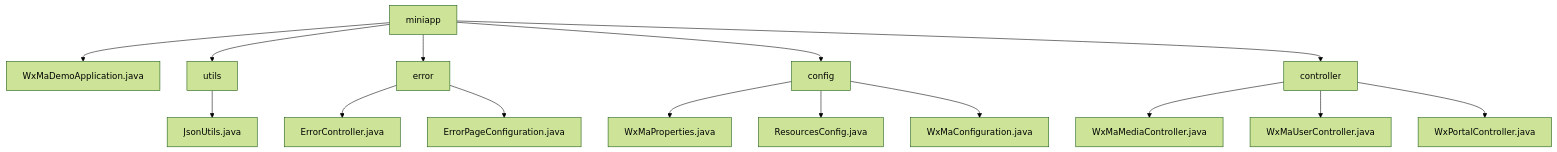
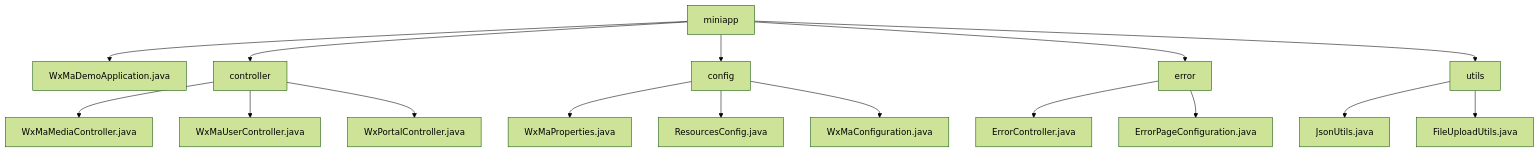
The diagram in docs/en/docs/src/main/java/com/github/binarywang/demo/wx/miniapp/_module.md (v-wjrong/imrrong_weixin-java-miniapp-demo), drawn with Mermaid (forest theme) before and after one commit. The commit also changed other lines of this file and 37 other files, not shown here.

````diff
--- a/docs/en/docs/src/main/java/com/github/binarywang/demo/wx/miniapp/_module.md
+++ b/docs/en/docs/src/main/java/com/github/binarywang/demo/wx/miniapp/_module.md
@@ -22,17 +22,18 @@
 ```mermaid
 graph TD
     miniapp --> WxMaDemoApplication.java
+    miniapp --> controller
+    miniapp --> config
+    miniapp --> error
     miniapp --> utils
-    miniapp --> error
-    miniapp --> config
-    miniapp --> controller
-    utils --> JsonUtils.java
-    error --> ErrorController.java
-    error --> ErrorPageConfiguration.java
+    controller --> WxMaMediaController.java
+    controller --> WxMaUserController.java
+    controller --> WxPortalController.java
     config --> WxMaProperties.java
     config --> ResourcesConfig.java
     config --> WxMaConfiguration.java
-    controller --> WxMaMediaController.java
-    controller --> WxMaUserController.java
-    controller --> WxPortalController.java
+    error --> ErrorController.java
+    error --> ErrorPageConfiguration.java
+    utils --> JsonUtils.java
+    utils --> FileUploadUtils.java
 ```
````
